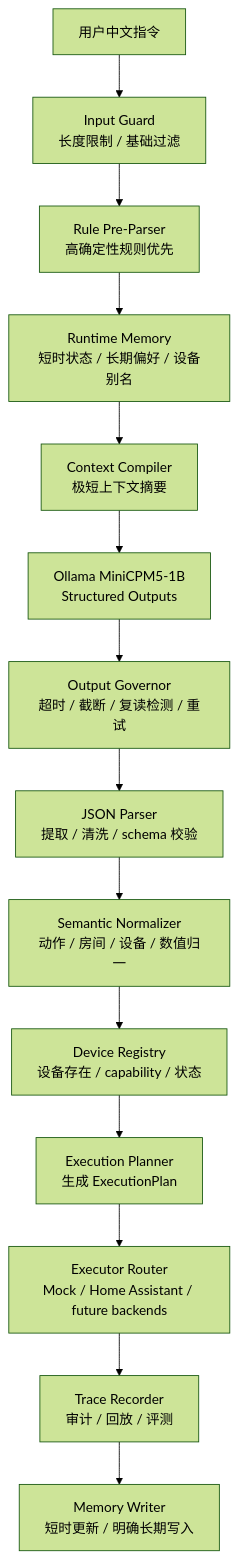
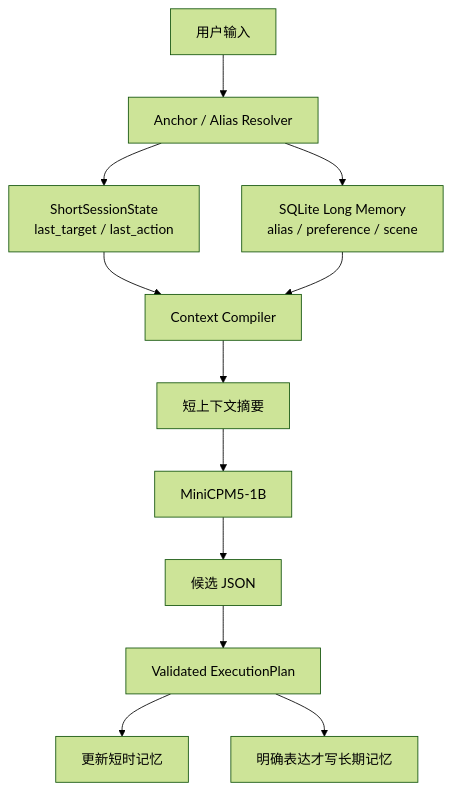
One commit to yushui2022/EdgeHome-Harness changed the third of 6 diagrams in README.md. Above: the diagram before and after it, drawn with Mermaid (forest theme). The commit also changed other lines of this file and 7 other files, not shown here.

````diff
--- a/README.md
+++ b/README.md
@@ -89,16 +176,14 @@
 ```mermaid
 flowchart TD
-    A["用户中文指令"] --> B["Input Guard<br/>长度限制 / 基础过滤"]
-    B --> C["Rule Pre-Parser<br/>高确定性规则优先"]
-    C --> D["Runtime Memory<br/>短时状态 / 长期偏好 / 设备别名"]
-    D --> E["Context Compiler<br/>极短上下文摘要"]
-    E --> F["Ollama MiniCPM5-1B<br/>Structured Outputs"]
-    F --> G["Output Governor<br/>超时 / 截断 / 复读检测 / 重试"]
-    G --> H["JSON Parser<br/>提取 / 清洗 / schema 校验"]
-    H --> I["Semantic Normalizer<br/>动作 / 房间 / 设备 / 数值归一"]
-    I --> J["Device Registry<br/>设备存在 / capability / 状态"]
-    J --> K["Execution Planner<br/>生成 ExecutionPlan"]
-    K --> L["Executor Router<br/>Mock / Home Assistant / future backends"]
-    L --> M["Trace Recorder<br/>审计 / 回放 / 评测"]
-    M --> N["Memory Writer<br/>短时更新 / 明确长期写入"]
+    A["用户输入"] --> B["Anchor / Alias Resolver"]
+    B --> C["ShortSessionState<br/>last_target / last_action"]
+    B --> D["SQLite Long Memory<br/>alias / preference / scene"]
+    C --> E["Context Compiler"]
+    D --> E
+    E --> F["短上下文摘要"]
+    F --> G["MiniCPM5-1B"]
+    G --> H["候选 JSON"]
+    H --> I["Validated ExecutionPlan"]
+    I --> J["更新短时记忆"]
+    I --> K["明确表达才写长期记忆"]
 ```
````
